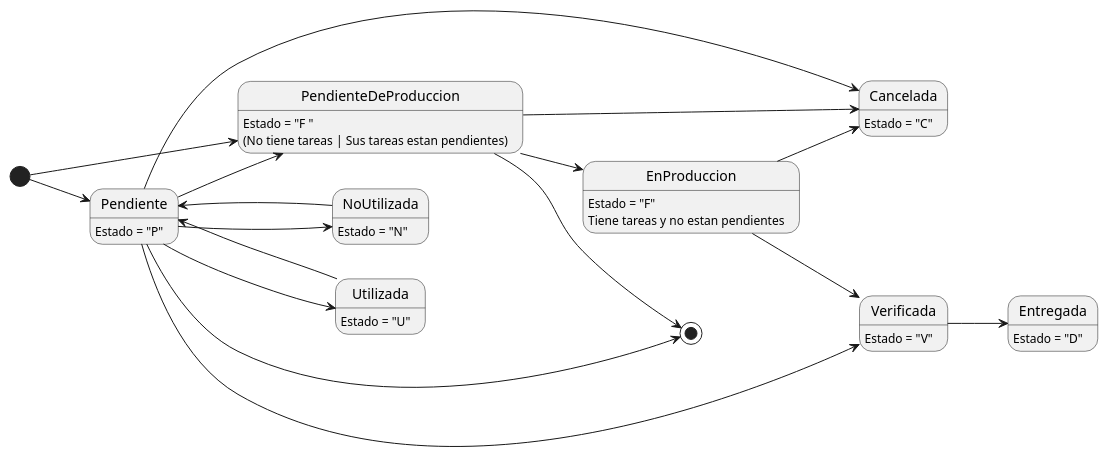
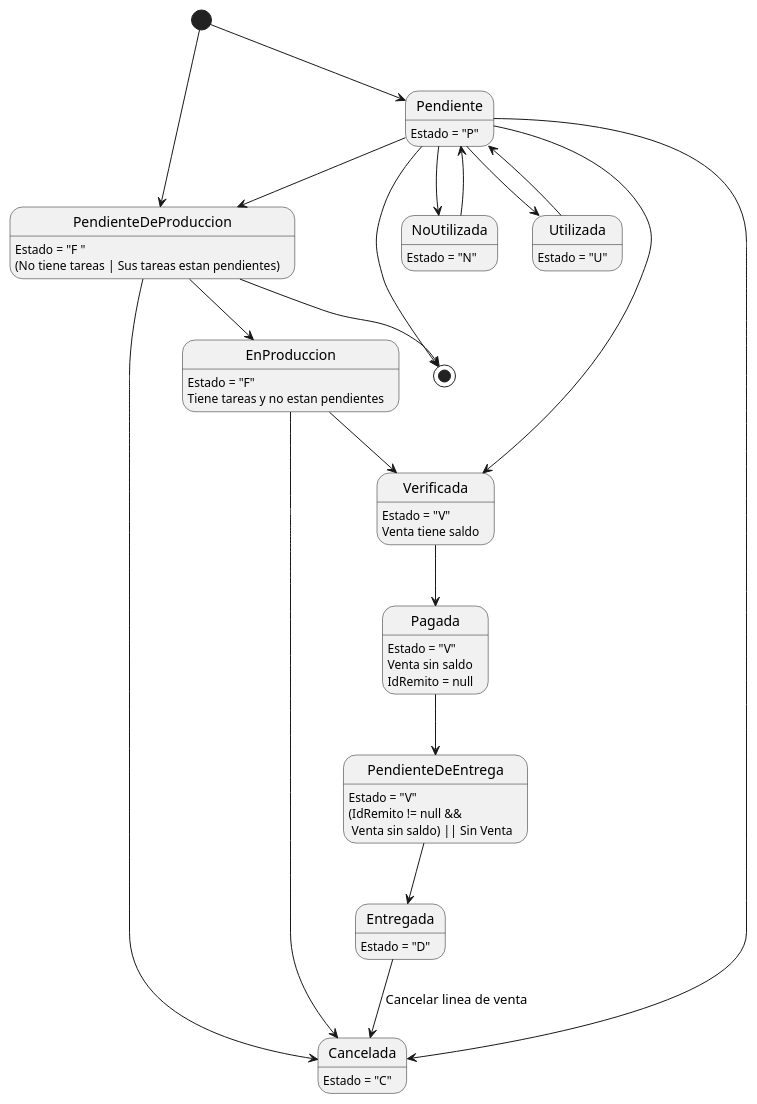
One commit to ZMGestion/DocumentacionZMGestion changed the third of 7 diagrams in DiagramasEstado/DiagramaDeEstado.puml. Above: the diagram before and after it, drawn with PlantUML. The commit also changed other lines of this file and 4 other files, not shown here.

Commit message:
Cambios Diagrama de Clases, DCU, DE

```diff
--- a/DiagramasEstado/DiagramaDeEstado.puml
+++ b/DiagramasEstado/DiagramaDeEstado.puml
@@ -37,32 +37,43 @@
 @startuml lineasProducto
 Pendiente: Estado = "P"
 Cancelada: Estado = "C"
 NoUtilizada: Estado = "N"
 Utilizada: Estado = "U"
 PendienteDeProduccion: Estado = "F "
 PendienteDeProduccion:(No tiene tareas | Sus tareas estan pendientes)
 EnProduccion: Estado = "F"
 EnProduccion: Tiene tareas y no estan pendientes
 Verificada: Estado = "V"
-Entregada: Estado = "D"
+Verificada: Venta tiene saldo
+Pagada: Estado = "V"
+Pagada: Venta sin saldo 
+Pagada: IdRemito = null
+PendienteDeEntrega: Estado = "V"
+PendienteDeEntrega: (IdRemito != null && \n Venta sin saldo) || Sin Venta 
+'Hicimos que estado = D para simplicidad en la busqueda.
+Entregada: Estado = "D" 
 
-left to right direction
+
+
+top to bottom direction
 [*] --> Pendiente
 Pendiente --> [*]
 [*] --> PendienteDeProduccion
 PendienteDeProduccion --> [*]
 Pendiente --> Utilizada
 Utilizada --> Pendiente
 Pendiente --> NoUtilizada
 NoUtilizada --> Pendiente
 Pendiente --> Cancelada
 Pendiente --> PendienteDeProduccion
 Pendiente --> Verificada
 PendienteDeProduccion --> Cancelada
 PendienteDeProduccion --> EnProduccion
 EnProduccion --> Cancelada
 EnProduccion --> Verificada
-Verificada --> Entregada
-
+Verificada --> Pagada
+Pagada --> PendienteDeEntrega
+PendienteDeEntrega --> Entregada
+Entregada --> Cancelada : Cancelar linea de venta
 
 @enduml
```
